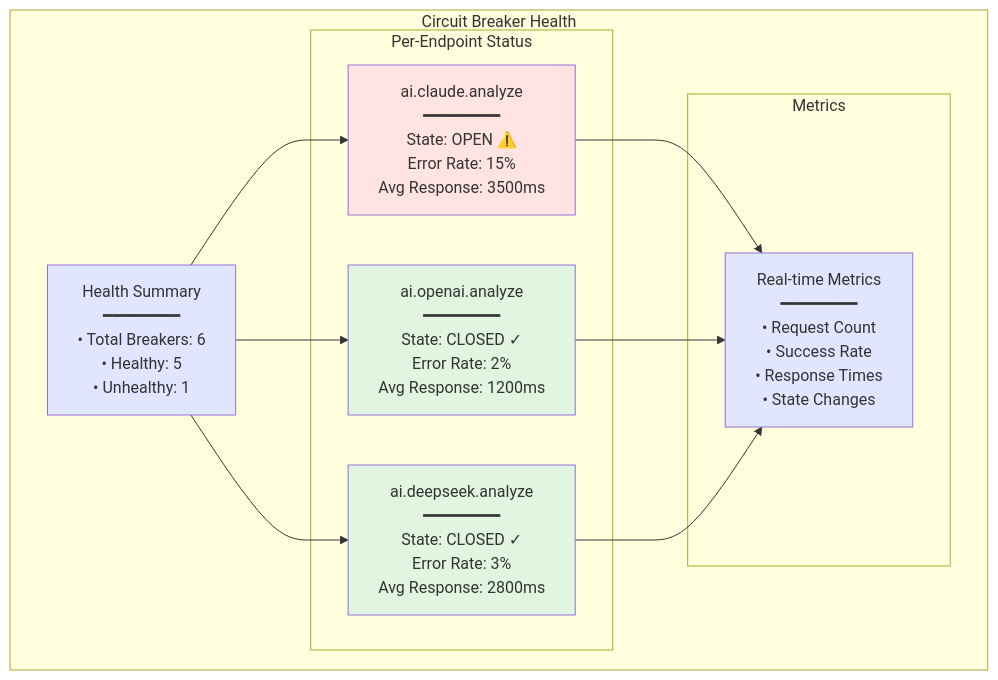
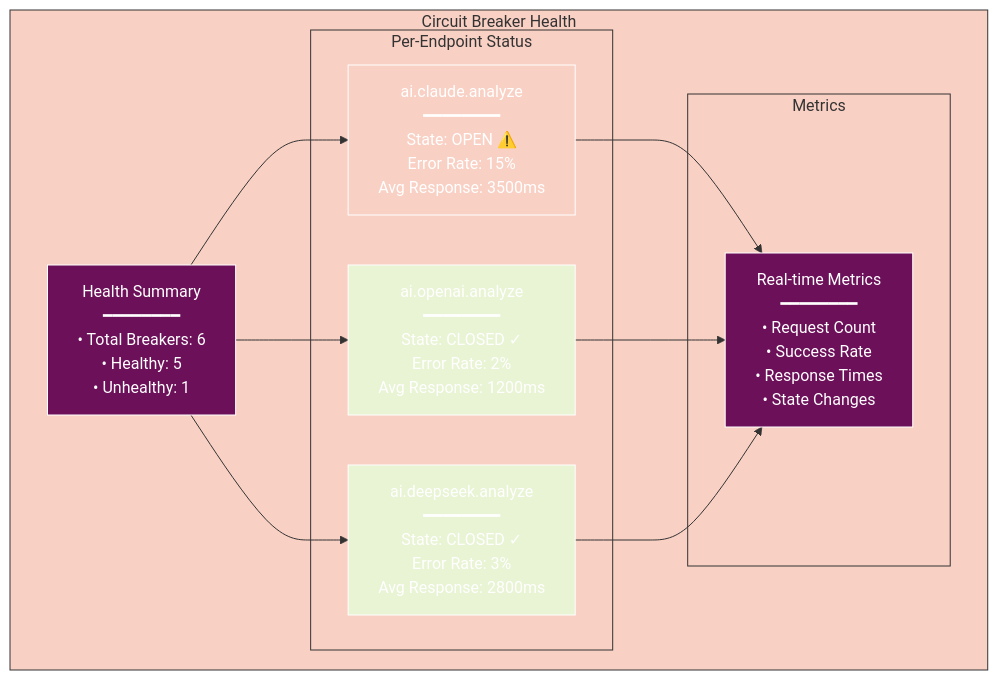
Before and after one commit to radicalkjax/Athena: the fourth of 5 diagrams in docs/performance/ADAPTIVE_CIRCUIT_BREAKER.md, drawn with Mermaid. The commit also changed other lines of this file and 27 other files, not shown here.

Commit message:
Introduction of expo package manager. Updated docs to reflect changes. Unified mermaid theme for docs.

````diff
--- a/docs/performance/ADAPTIVE_CIRCUIT_BREAKER.md
+++ b/docs/performance/ADAPTIVE_CIRCUIT_BREAKER.md
@@ -250,30 +313,51 @@
 ```mermaid
+%%{init: {
+  'theme': 'base',
+  'themeVariables': {
+    'primaryColor': '#6d105a',
+    'primaryTextColor': '#ffffff',
+    'primaryBorderColor': '#ffffff',
+    'lineColor': '#333333',
+    'secondaryColor': '#e8f4d4',
+    'secondaryTextColor': '#333333',
+    'secondaryBorderColor': '#333333',
+    'tertiaryColor': '#f9d0c4',
+    'tertiaryTextColor': '#333333',
+    'tertiaryBorderColor': '#333333',
+    'background': '#ffffff',
+    'mainBkg': '#6d105a',
+    'secondBkg': '#e8f4d4',
+    'tertiaryBkg': '#f9d0c4',
+    'textColor': '#333333',
+    'fontFamily': 'Arial, sans-serif'
+  }
+}}%%
 graph TB
     subgraph "Circuit Breaker Health"
         SUMMARY[Health Summary<br/>━━━━━━━━<br/>• Total Breakers: 6<br/>• Healthy: 5<br/>• Unhealthy: 1]
         
         subgraph "Per-Endpoint Status"
             E1[ai.claude.analyze<br/>━━━━━━━━<br/>State: OPEN ⚠️<br/>Error Rate: 15%<br/>Avg Response: 3500ms]
             E2[ai.openai.analyze<br/>━━━━━━━━<br/>State: CLOSED ✓<br/>Error Rate: 2%<br/>Avg Response: 1200ms]
             E3[ai.deepseek.analyze<br/>━━━━━━━━<br/>State: CLOSED ✓<br/>Error Rate: 3%<br/>Avg Response: 2800ms]
         end
         
         subgraph "Metrics"
             METRICS[Real-time Metrics<br/>━━━━━━━━<br/>• Request Count<br/>• Success Rate<br/>• Response Times<br/>• State Changes]
         end
     end
     
     SUMMARY --> E1
     SUMMARY --> E2
     SUMMARY --> E3
     
     E1 --> METRICS
     E2 --> METRICS
     E3 --> METRICS
     
-    style SUMMARY fill:#e1e5ff
-    style E1 fill:#ffe4e1
-    style E2 fill:#e1f5e1
-    style E3 fill:#e1f5e1
-    style METRICS fill:#e1e5ff
+    style SUMMARY fill:#6d105a
+    style E1 fill:#f9d0c4
+    style E2 fill:#e8f4d4
+    style E3 fill:#e8f4d4
+    style METRICS fill:#6d105a
 ```
````
